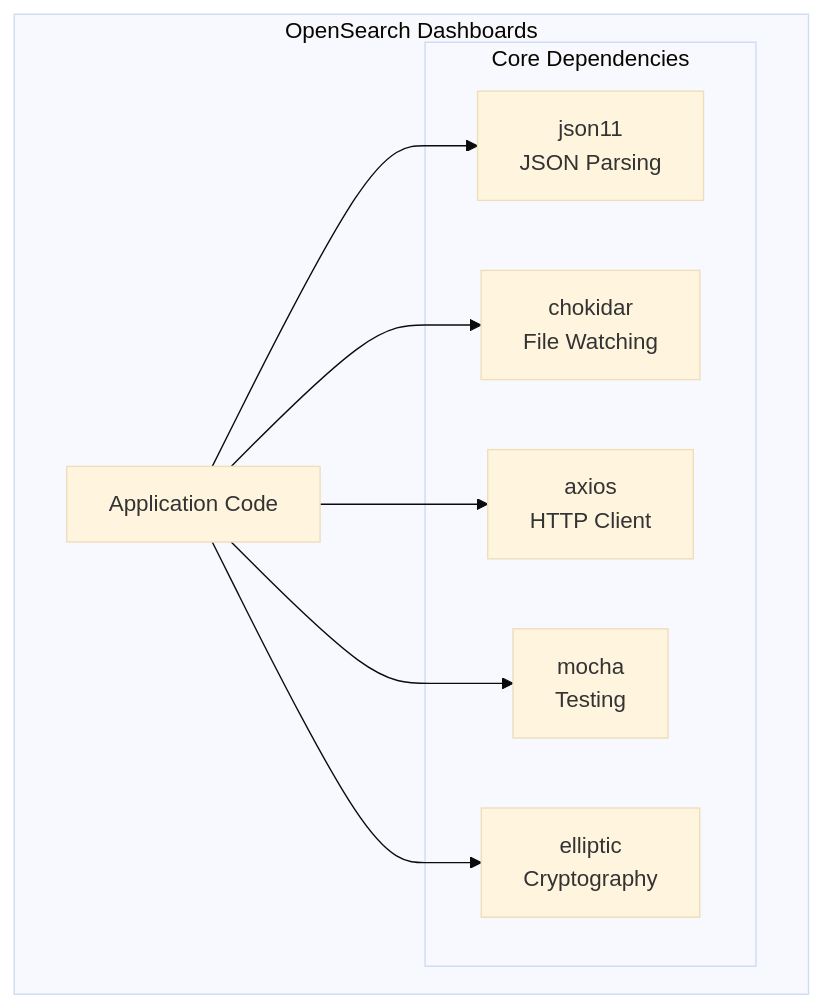
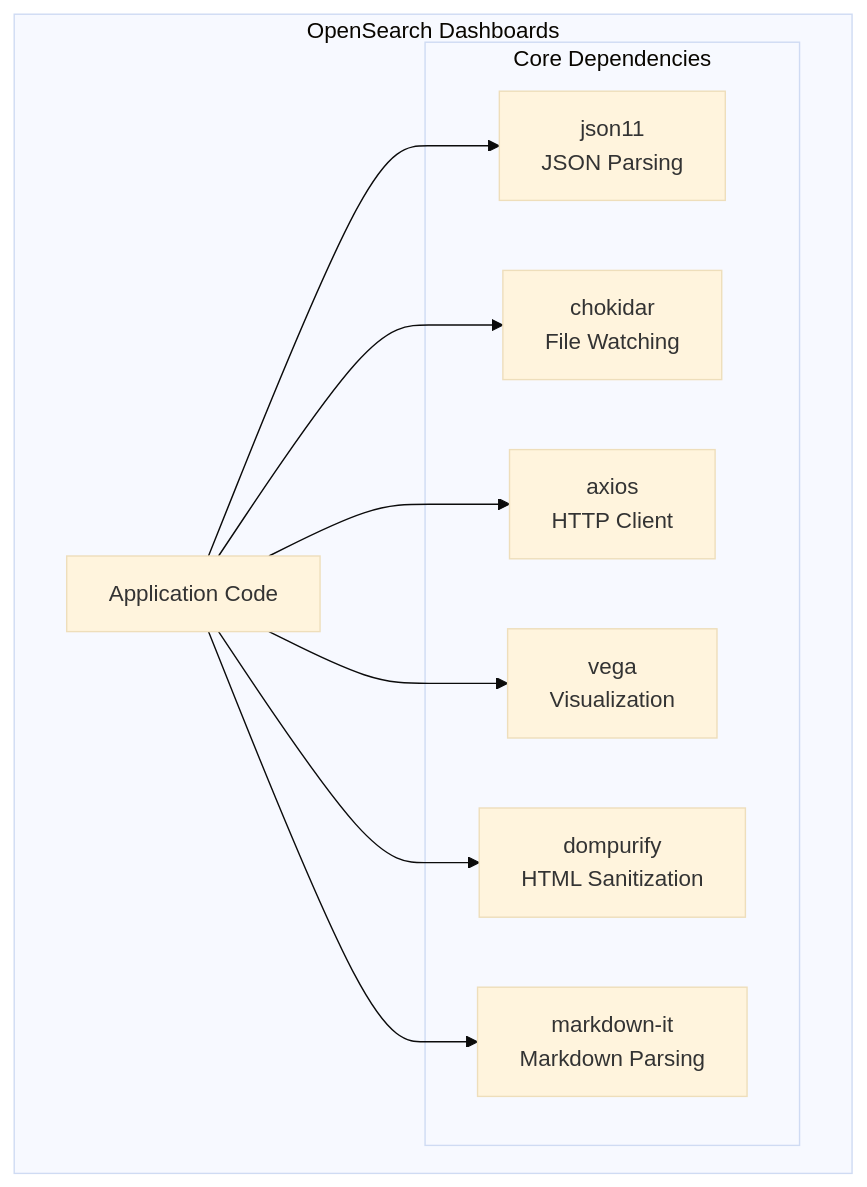
Before and after one commit to tkykenmt/opensearch-feature-explorer: the diagram in docs/features/opensearch-dashboards/dependency-updates.md, drawn with Mermaid (base theme). The commit also changed other lines of this file and 2 other files, not shown here.

````diff
--- a/docs/features/opensearch-dashboards/dependency-updates.md
+++ b/docs/features/opensearch-dashboards/dependency-updates.md
@@ -11,18 +11,20 @@
 ```mermaid
 graph TB
     subgraph "OpenSearch Dashboards"
         App[Application Code]
         subgraph "Core Dependencies"
             JSON11[json11<br/>JSON Parsing]
             Chokidar[chokidar<br/>File Watching]
             Axios[axios<br/>HTTP Client]
-            Mocha[mocha<br/>Testing]
-            Elliptic[elliptic<br/>Cryptography]
+            Vega[vega<br/>Visualization]
+            DOMPurify[dompurify<br/>HTML Sanitization]
+            MarkdownIt[markdown-it<br/>Markdown Parsing]
         end
     end
     App --> JSON11
     App --> Chokidar
     App --> Axios
-    App --> Mocha
-    App --> Elliptic
+    App --> Vega
+    App --> DOMPurify
+    App --> MarkdownIt
 ```
````
